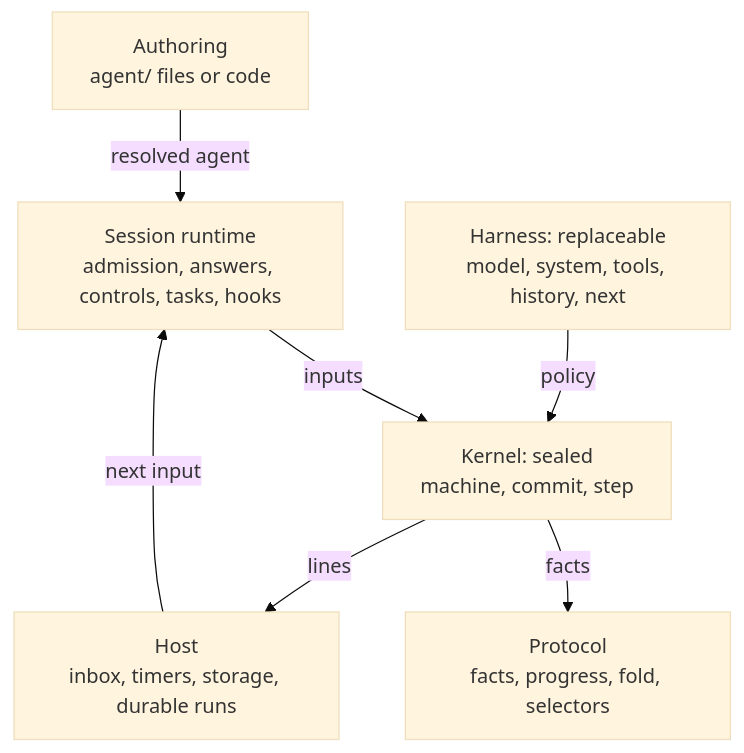
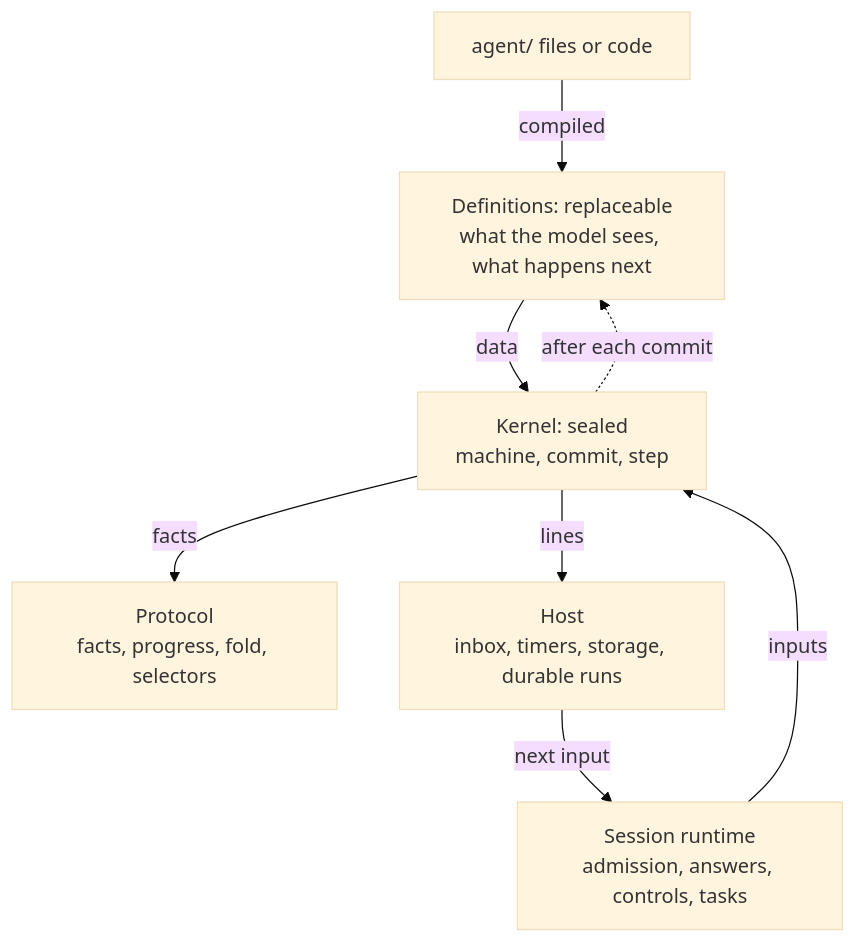
Before and after one commit to vercel/eve: the second of 6 diagrams in research/session-kernel.md, drawn with Mermaid (base theme). The commit also changed other lines of this file, not shown here.

Commit message:
docs(research): describe eve as a kernel, definitions, and hosts

````diff
--- a/research/session-kernel.md
+++ b/research/session-kernel.md
@@ -49,9 +49,10 @@
 ```mermaid
 flowchart TD
-  Authoring["Authoring<br/>agent/ files or code"] -- resolved agent --> Runtime
-  Runtime["Session runtime<br/>admission, answers, controls, tasks, hooks"] -- inputs --> Kernel
-  Harness["Harness: replaceable<br/>model, system, tools, history, next"] -- policy --> Kernel
+  Authoring["agent/ files or code"] -- compiled --> Definitions
+  Definitions["Definitions: replaceable<br/>what the model sees, what happens next"] -- data --> Kernel
+  Runtime["Session runtime<br/>admission, answers, controls, tasks"] -- inputs --> Kernel
   Kernel["Kernel: sealed<br/>machine, commit, step"] -- facts --> Protocol["Protocol<br/>facts, progress, fold, selectors"]
   Kernel -- lines --> Host["Host<br/>inbox, timers, storage, durable runs"]
+  Kernel -. after each commit .-> Definitions
   Host -- next input --> Runtime
 ```
````
